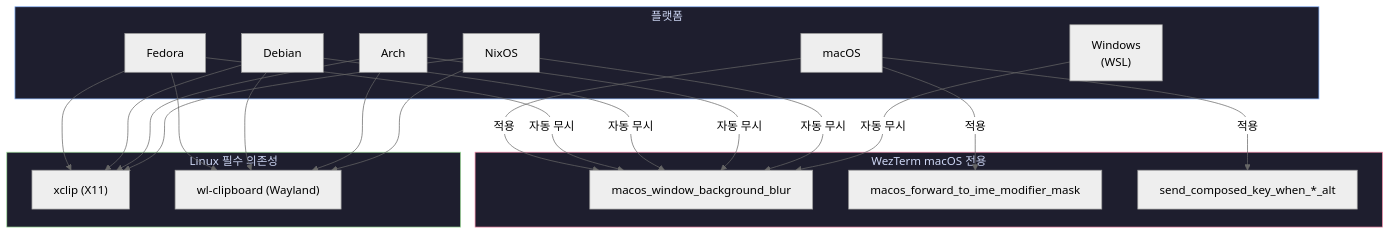
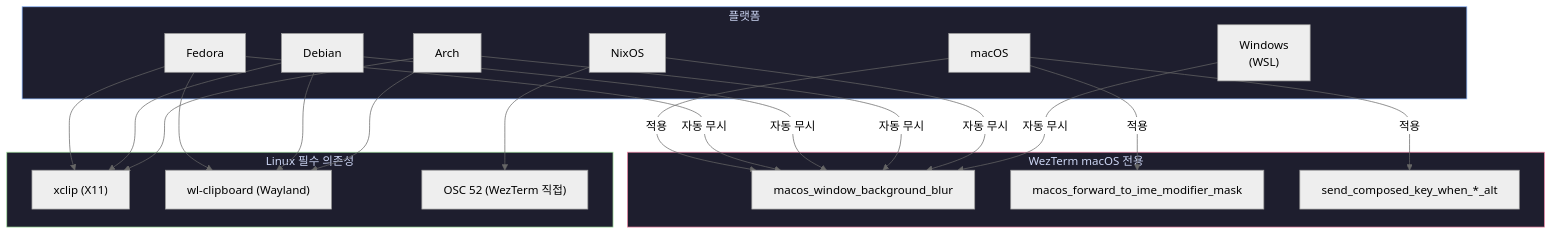
Before and after one commit to deuxksy/dotfiles: the seventh of 8 diagrams in docs/desktop.md, drawn with Mermaid (neutral theme). The commit also changed other lines of this file and 4 other files, not shown here.

````diff
--- a/docs/desktop.md
+++ b/docs/desktop.md
@@ -210,45 +210,45 @@
 ```mermaid
 graph TB
     subgraph Platforms["플랫폼"]
         MAC["macOS"]
         FED["Fedora"]
         DEB["Debian"]
         ARCH["Arch"]
         NIX["NixOS"]
         WIN["Windows<br/>(WSL)"]
     end
 
     subgraph WezTermOpts["WezTerm macOS 전용"]
         M1["macos_window_background_blur"]
         M2["macos_forward_to_ime_modifier_mask"]
         M3["send_composed_key_when_*_alt"]
     end
 
     MAC -->|"적용"| M1
     MAC -->|"적용"| M2
     MAC -->|"적용"| M3
 
     FED -->|"자동 무시"| M1
     DEB -->|"자동 무시"| M1
     ARCH -->|"자동 무시"| M1
     NIX -->|"자동 무시"| M1
     WIN -->|"자동 무시"| M1
 
     subgraph Deps["Linux 필수 의존성"]
         D1["xclip (X11)"]
         D2["wl-clipboard (Wayland)"]
+        D3["OSC 52 (WezTerm 직접)"]
     end
 
     FED --> D1
     FED --> D2
     DEB --> D1
     DEB --> D2
     ARCH --> D1
     ARCH --> D2
-    NIX --> D1
-    NIX --> D2
+    NIX --> D3
 
     style Platforms fill:#1e1e2e,stroke:#89b4fa,color:#cdd6f4
     style WezTermOpts fill:#1e1e2e,stroke:#f38ba8,color:#cdd6f4
     style Deps fill:#1e1e2e,stroke:#a6e3a1,color:#cdd6f4
 ```
````
